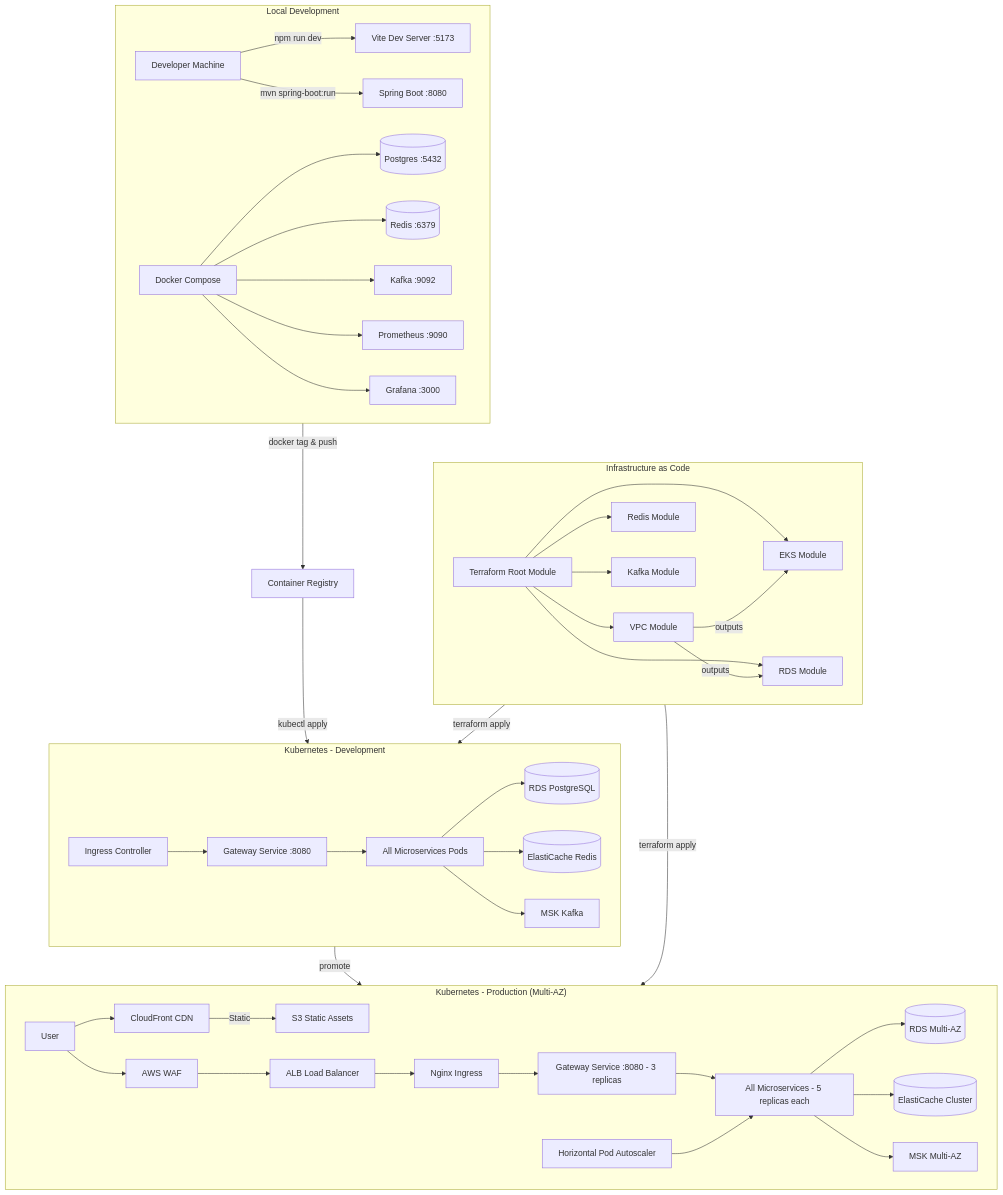
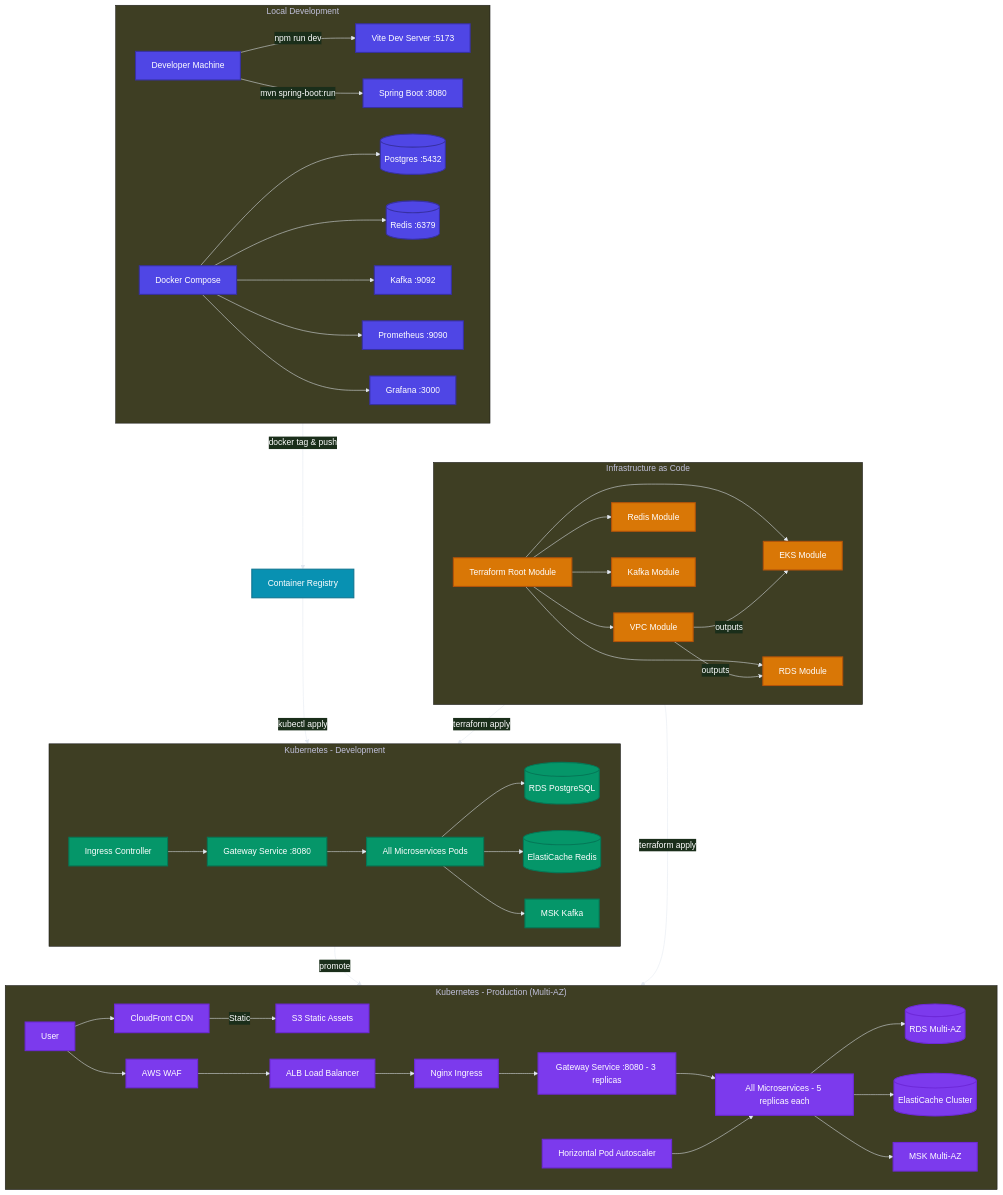
The ninth of 12 diagrams in project_overview/FLOW_DIAGRAMS.md (GaganCB2002/WorkSphere-Enterprise-Grade-Activity-Intelligence_V1), drawn with Mermaid before and after one commit. The commit also changed other lines of this file and 2 other files, not shown here.

````diff
--- a/project_overview/FLOW_DIAGRAMS.md
+++ b/project_overview/FLOW_DIAGRAMS.md
@@ -555,5 +643,13 @@
 ```mermaid
+%%{init: {'theme':'base', 'themeVariables': {'primaryColor': '#1a1a2e', 'primaryTextColor': '#ffffff', 'lineColor': '#e2e8f0'}}}%%
 graph TB
+
+    classDef local fill:#4f46e5,stroke:#3730a3,color:#fff,stroke-width:2px
+    classDef dev fill:#059669,stroke:#047857,color:#fff,stroke-width:2px
+    classDef prod fill:#7c3aed,stroke:#6d28d9,color:#fff,stroke-width:2px
+    classDef iac fill:#d97706,stroke:#b45309,color:#fff,stroke-width:2px
+    classDef registry fill:#0891b2,stroke:#0e7490,color:#fff,stroke-width:2px
+
     subgraph Local["Local Development"]
         DEV[Developer Machine]
         DC[Docker Compose]
@@ -591,7 +687,7 @@
         ECR[(ElastiCache Cluster)]
         MSK2[MSK Multi-AZ]
         S3[S3 Static Assets]
-        
+
         CDN -->|Static| S3
         User --> CDN
         User --> WAF --> ALB --> INGR2 --> GW2
@@ -623,4 +719,10 @@
     K8s_Dev -->|promote| K8s_Prod
     IaC -->|terraform apply| K8s_Dev
     IaC -->|terraform apply| K8s_Prod
+
+    class DEV,DC,FE,BE,PG,RD,KF,PM,GF local
+    class INGR,GW,PODS,DB,RC,MK dev
+    class CDN,WAF,ALB,INGR2,GW2,MS_PODS,HPA,RDS,ECR,MSK2,S3,User prod
+    class TF,VPC,EKS,RDS_M,RC_M,KFK_M iac
+    class Reg registry
 ```
````
